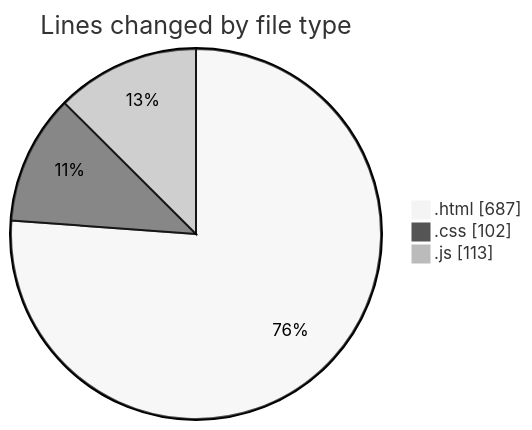
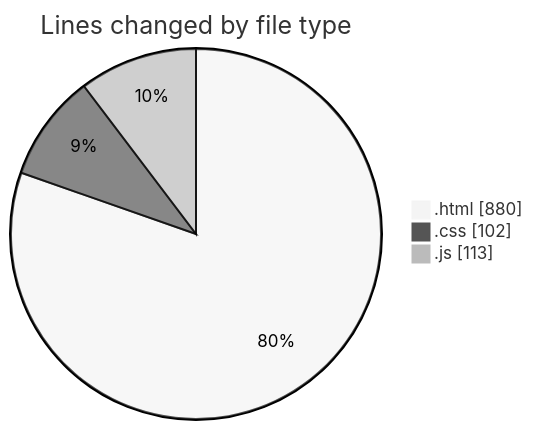
One commit to IJAZ3593/code-tracking changed the first of 2 diagrams in 2025-08-31/abc2/README.md. Above: the diagram before and after it, drawn with Mermaid (neutral theme). The commit also changed other lines of this file and 1 other file, not shown here.

````diff
--- a/2025-08-31/abc2/README.md
+++ b/2025-08-31/abc2/README.md
@@ -26,7 +26,7 @@
 ```mermaid
 pie showData
 title Lines changed by file type
-".html" : 687
+".html" : 880
 ".css" : 102
 ".js" : 113
 ```
````
